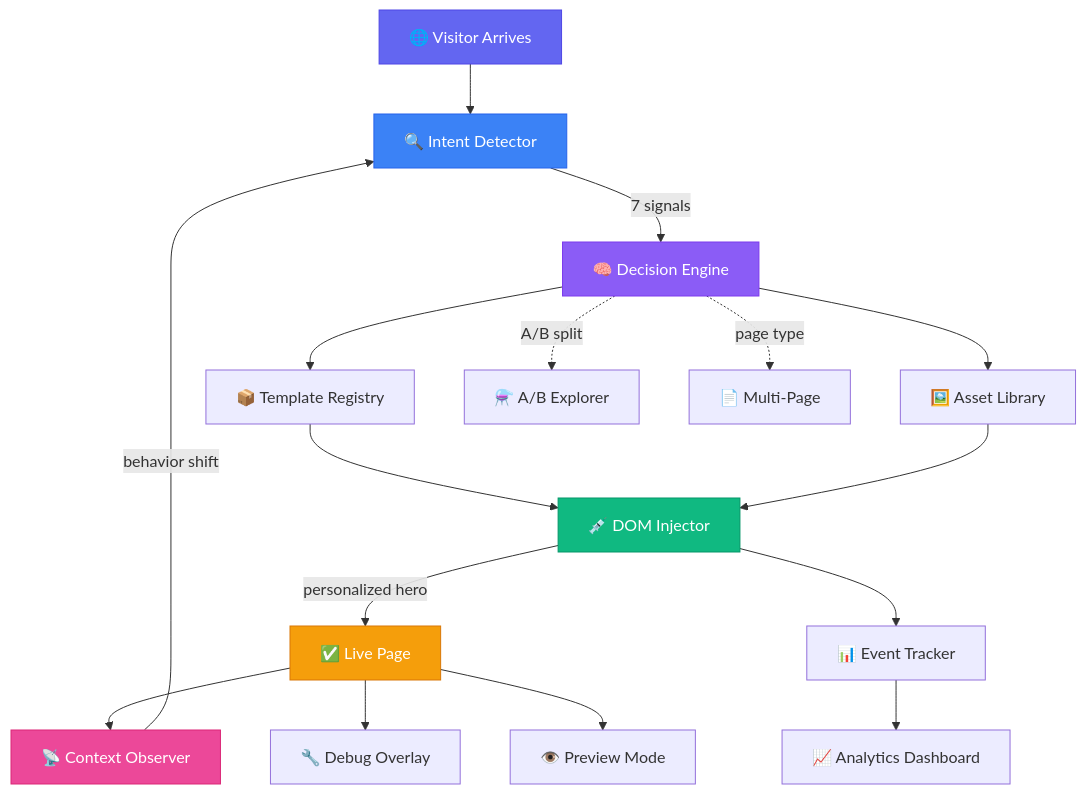
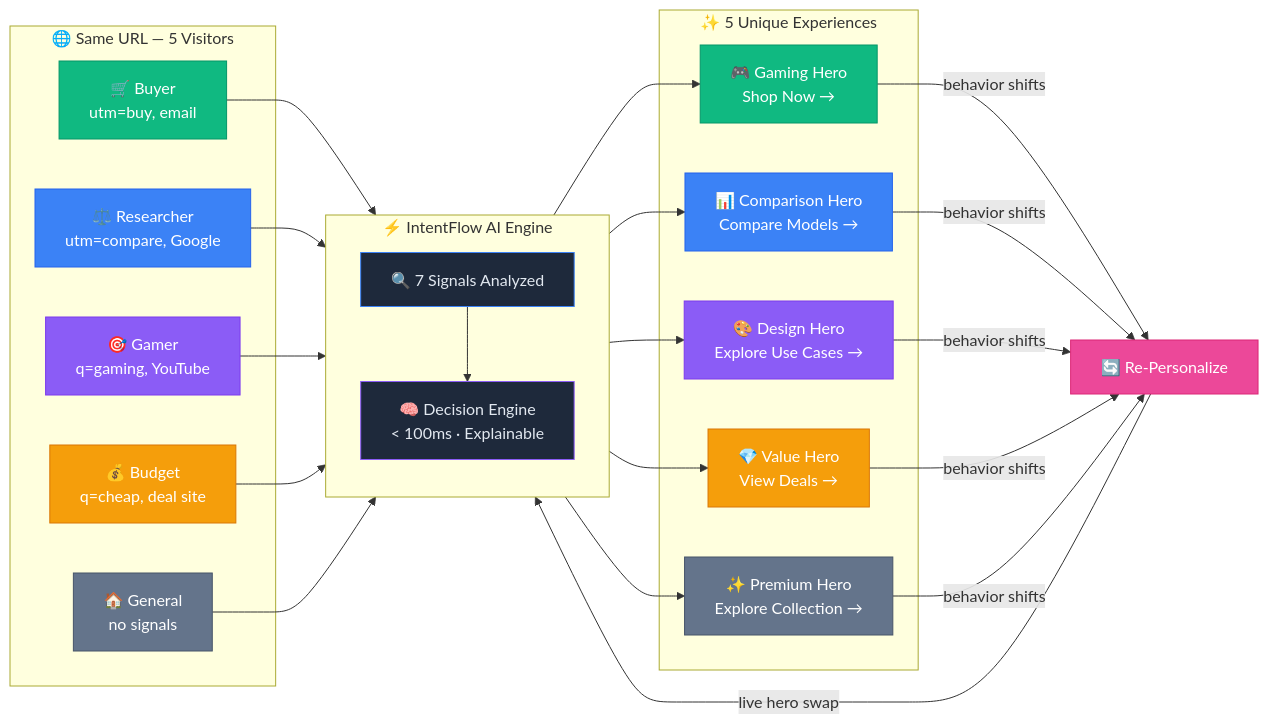
The diagram in README.md (yatrinn/intentflow), drawn with Mermaid before and after one commit. The commit also changed other lines of this file and 1 other file, not shown here.

Commit message:
Replace AI-generated image with clean Mermaid architecture diagram
- Clean 'flowchart LR' with 3 subgraphs: Visitors → Engine → Experiences
- Color-coded: each visitor color matches its hero output
- Re-personalization feedback loop with pink accent node
- Key differentiators tagline below diagram
- Module reference in collapsible details block
- Removed AI-generated PNG (renders natively on GitHub)

````diff
--- a/README.md
+++ b/README.md
@@ -74,31 +71,56 @@
 ```mermaid
-flowchart TD
-    A["🌐 Visitor Arrives"] --> B["🔍 Intent Detector"]
+flowchart LR
+    subgraph VISITORS["🌐 Same URL — 5 Visitors"]
+        V1["🛒 Buyer\nutm=buy, email"]
+        V2["⚖️ Researcher\nutm=compare, Google"]
+        V3["🎯 Gamer\nq=gaming, YouTube"]
+        V4["💰 Budget\nq=cheap, deal site"]
+        V5["🏠 General\nno signals"]
+    end
 
-    B -->|"7 signals"| C["🧠 Decision Engine"]
-    C --> D["📦 Template Registry"]
-    C --> E["🖼️ Asset Library"]
-    D --> F["💉 DOM Injector"]
-    E --> F
+    subgraph ENGINE["⚡ IntentFlow AI Engine"]
+        direction TB
+        S["🔍 7 Signals Analyzed"]
+        D["🧠 Decision Engine\n< 100ms · Explainable"]
+        S --> D
+    end
 
-    F -->|"personalized hero"| G["✅ Live Page"]
+    subgraph HEROES["✨ 5 Unique Experiences"]
+        H1["🎮 Gaming Hero\nShop Now →"]
+        H2["📊 Comparison Hero\nCompare Models →"]
+        H3["🎨 Design Hero\nExplore Use Cases →"]
+        H4["💎 Value Hero\nView Deals →"]
+        H5["✨ Premium Hero\nExplore Collection →"]
+    end
 
-    G --> H["📡 Context Observer"]
-    H -->|"behavior shift"| B
+    V1 --> S
+    V2 --> S
+    V3 --> S
+    V4 --> S
+    V5 --> S
 
-    F --> I["📊 Event Tracker"]
-    I --> J["📈 Analytics Dashboard"]
+    D --> H1
+    D --> H2
+    D --> H3
+    D --> H4
+    D --> H5
 
-    C -.->|"A/B split"| K["⚗️ A/B Explorer"]
-    C -.->|"page type"| L["📄 Multi-Page"]
+    H1 & H2 & H3 & H4 & H5 -->|"behavior shifts"| RE["🔄 Re-Personalize"]
+    RE -->|"live hero swap"| S
 
-    G --> M["🔧 Debug Overlay"]
-    G --> N["👁️ Preview Mode"]
+    style V1 fill:#10b981,stroke:#059669,color:#fff
+    style V2 fill:#3b82f6,stroke:#2563eb,color:#fff
+    style V3 fill:#8b5cf6,stroke:#7c3aed,color:#fff
+    style V4 fill:#f59e0b,stroke:#d97706,color:#fff
+    style V5 fill:#64748b,stroke:#475569,color:#fff
 
-    style A fill:#6366f1,stroke:#4f46e5,color:#fff
-    style B fill:#3b82f6,stroke:#2563eb,color:#fff
-    style C fill:#8b5cf6,stroke:#7c3aed,color:#fff
-    style F fill:#10b981,stroke:#059669,color:#fff
-    style G fill:#f59e0b,stroke:#d97706,color:#fff
-    style H fill:#ec4899,stroke:#db2777,color:#fff
+    style H1 fill:#10b981,stroke:#059669,color:#fff
+    style H2 fill:#3b82f6,stroke:#2563eb,color:#fff
+    style H3 fill:#8b5cf6,stroke:#7c3aed,color:#fff
+    style H4 fill:#f59e0b,stroke:#d97706,color:#fff
+    style H5 fill:#64748b,stroke:#475569,color:#fff
+
+    style S fill:#1e293b,stroke:#3b82f6,color:#e2e8f0
+    style D fill:#1e293b,stroke:#8b5cf6,color:#e2e8f0
+    style RE fill:#ec4899,stroke:#db2777,color:#fff
 ```
````
